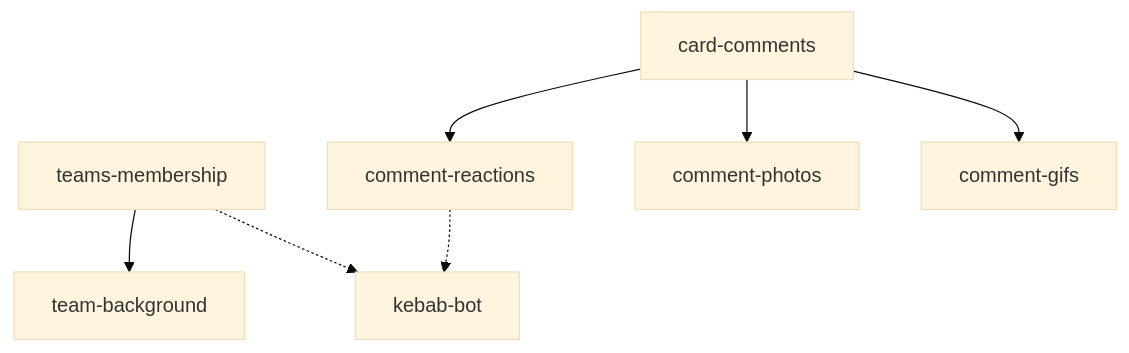
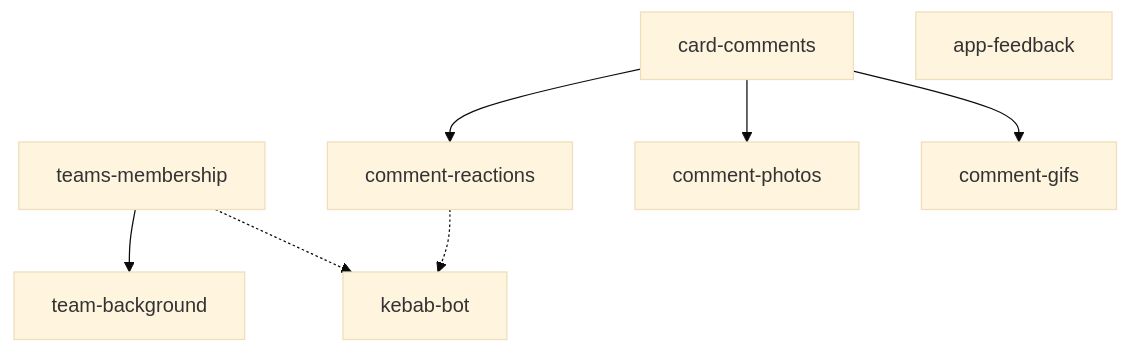
The diagram in docs/backlog.md (tomasz-madera/retro), drawn with Mermaid (base theme) before and after one commit. The commit also changed other lines of this file and 5 other files, not shown here.

````diff
--- a/docs/backlog.md
+++ b/docs/backlog.md
@@ -370,17 +458,18 @@
 ```mermaid
 flowchart TD
     teams[teams-membership]
     bg[team-background]
     comments[card-comments]
     reactions[comment-reactions]
     photos[comment-photos]
     gifs[comment-gifs]
+    bugs[app-feedback]
     kebab[kebab-bot]
 
     teams --> bg
     comments --> reactions
     comments --> photos
     comments --> gifs
     teams -.-> kebab
     reactions -.-> kebab
 ```
````
